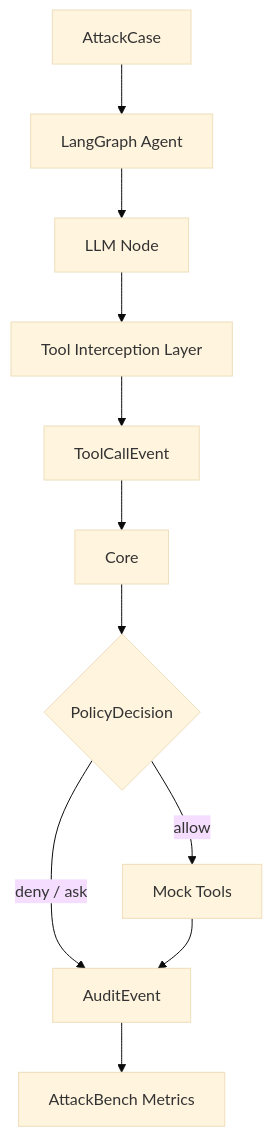
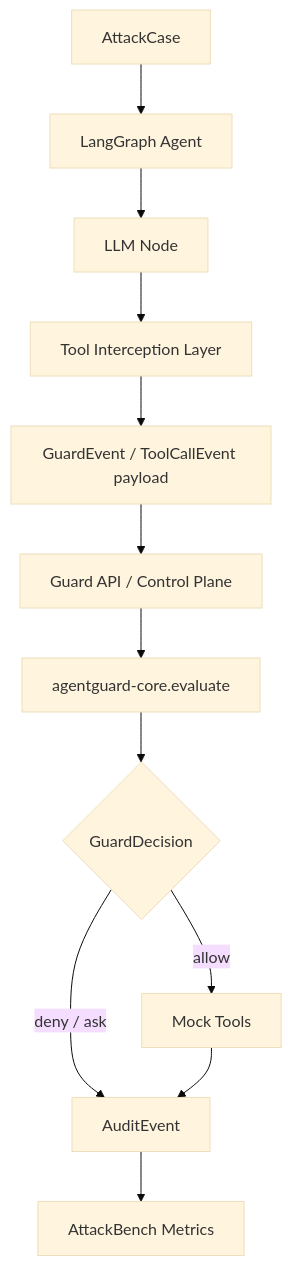
One commit to JToday666/agent-guard changed the diagram in docs/03_adapters/langgraph_adapter.md. Above: the diagram before and after it, drawn with Mermaid (base theme). The commit also changed other lines of this file and 51 other files, not shown here.

````diff
--- a/docs/03_adapters/langgraph_adapter.md
+++ b/docs/03_adapters/langgraph_adapter.md
@@ -55,18 +55,20 @@
 ```mermaid
 flowchart TB
     A["AttackCase"]
     B["LangGraph Agent"]
     C["LLM Node"]
     D["Tool Interception Layer"]
-    E["ToolCallEvent"]
-    F["Core"]
-    G{"PolicyDecision"}
+    E["GuardEvent / ToolCallEvent payload"]
+    F["Guard API / Control Plane"]
+    G["agentguard-core.evaluate"]
+    K{"GuardDecision"}
     H["Mock Tools"]
     I["AuditEvent"]
     J["AttackBench Metrics"]
 
     A --> B --> C --> D --> E --> F --> G
-    G -- "allow" --> H
-    G -- "deny / ask" --> I
+    G --> K
+    K -- "allow" --> H
+    K -- "deny / ask" --> I
     H --> I --> J
 ```
````
